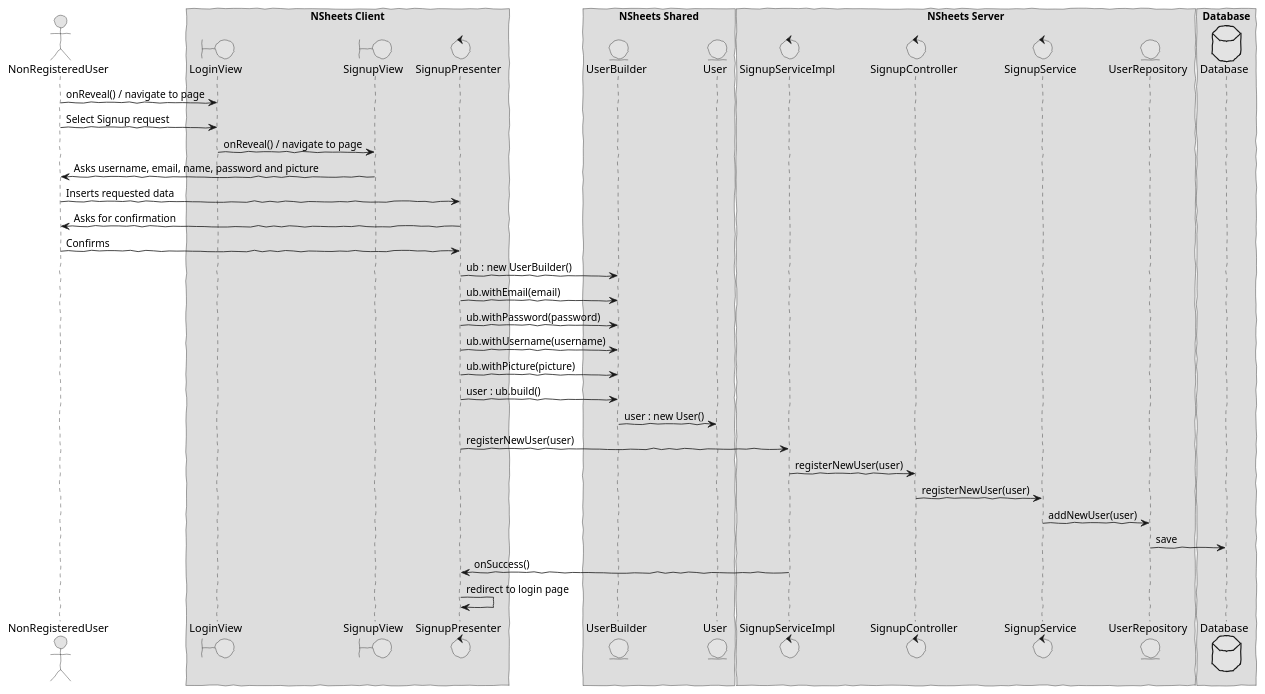
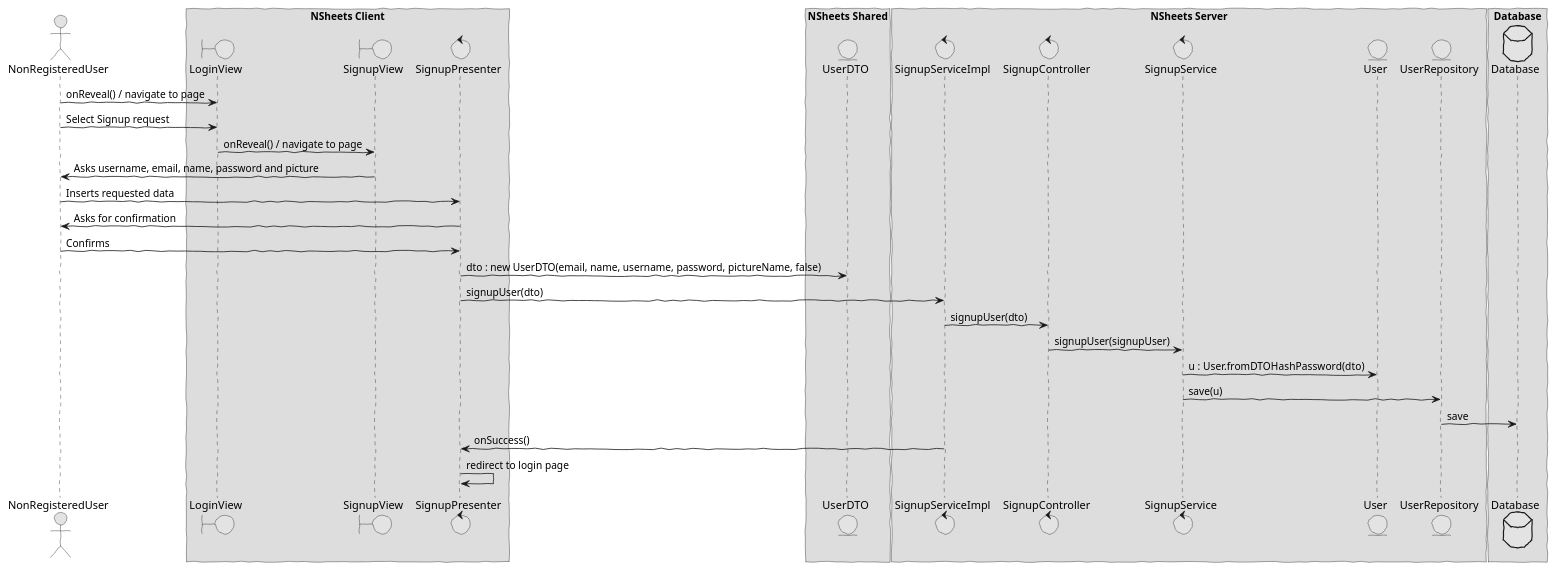
Before and after one commit to Fuel4us/EventManagingApp: the diagram in docs/red/1161292/sp2/design.puml, drawn with PlantUML. The commit also changed 4 other files, not shown here.

```diff
--- a/docs/red/1161292/sp2/design.puml
+++ b/docs/red/1161292/sp2/design.puml
@@ -1,67 +1,62 @@
 @startuml design1
 skinparam handwritten true
 skinparam monochrome true
 skinparam packageStyle rect
 skinparam defaultFontName FG Virgil
 skinparam shadowing false
 
 actor NonRegisteredUser
 boundary LoginView
 boundary SignupView
 control SignupPresenter
 control SignupServiceImpl
 control SignupController
 control SignupService
 entity UserRepository
+entity UserDTO
 entity User
-entity UserBuilder
 database Database 
 
 box "NSheets Client"
 participant LoginView
 participant SignupView
 participant SignupPresenter
 end box
 
 box "NSheets Shared"
-participant UserBuilder
-participant User
+participant UserDTO
 end box
 
 box "NSheets Server"
 participant SignupServiceImpl
 participant SignupController
 participant SignupService
+participant User
 participant UserRepository
 end box
 
 box "Database"
 participant Database
 end box
 
 NonRegisteredUser -> LoginView : onReveal() / navigate to page 
 NonRegisteredUser -> LoginView : Select Signup request
 
 LoginView -> SignupView : onReveal() / navigate to page 
 SignupView -> NonRegisteredUser : Asks username, email, name, password and picture
 NonRegisteredUser -> SignupPresenter : Inserts requested data
 SignupPresenter -> NonRegisteredUser : Asks for confirmation
 NonRegisteredUser -> SignupPresenter : Confirms
 
-SignupPresenter -> UserBuilder : ub : new UserBuilder()
-SignupPresenter -> UserBuilder : ub.withEmail(email)
-SignupPresenter -> UserBuilder : ub.withPassword(password)
-SignupPresenter -> UserBuilder : ub.withUsername(username)
-SignupPresenter -> UserBuilder : ub.withPicture(picture)
-SignupPresenter -> UserBuilder : user : ub.build()
-UserBuilder -> User : user : new User()
+SignupPresenter -> UserDTO : dto : new UserDTO(email, name, username, password, pictureName, false)
 
-SignupPresenter -> SignupServiceImpl : registerNewUser(user)
-SignupServiceImpl -> SignupController : registerNewUser(user)
-SignupController -> SignupService : registerNewUser(user)
-SignupService -> UserRepository : addNewUser(user)
+SignupPresenter -> SignupServiceImpl : signupUser(dto)
+SignupServiceImpl -> SignupController : signupUser(dto)
+SignupController -> SignupService : signupUser(signupUser)
+SignupService -> User : u : User.fromDTOHashPassword(dto)
+SignupService -> UserRepository : save(u)
 UserRepository -> Database : save
 
 SignupServiceImpl -> SignupPresenter : onSuccess()
 SignupPresenter -> SignupPresenter : redirect to login page
 @enduml
```
